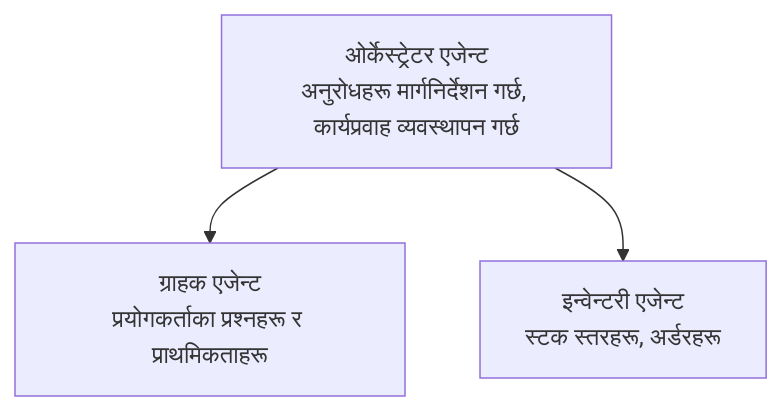
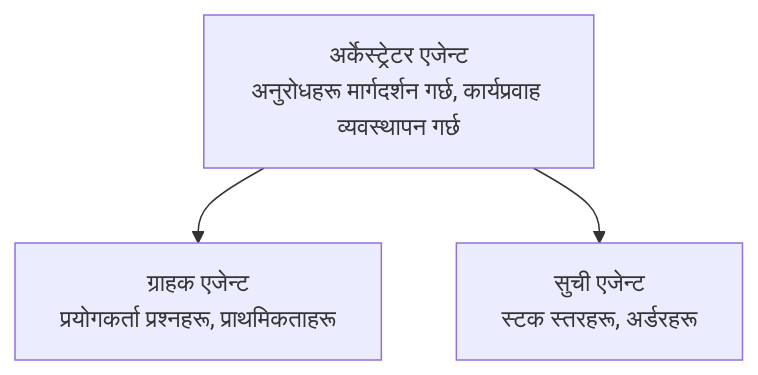
One commit to microsoft/AZD-for-beginners changed the diagram in translations/ne/docs/chapter-05-multi-agent/README.md. Above: the diagram before and after it, drawn with Mermaid. The commit also changed other lines of this file and 101 other files, not shown here.

````diff
--- a/translations/ne/docs/chapter-05-multi-agent/README.md
+++ b/translations/ne/docs/chapter-05-multi-agent/README.md
@@ -50,5 +52,5 @@
 ```mermaid
 graph TD
-    Orchestrator[ओर्केस्ट्रेटर एजेन्ट<br/>अनुरोधहरू मार्गनिर्देशन गर्छ, कार्यप्रवाह व्यवस्थापन गर्छ] --> Customer[ग्राहक एजेन्ट<br/>प्रयोगकर्ताका प्रश्नहरू र प्राथमिकताहरू]
-    Orchestrator --> Inventory[इन्वेन्टरी एजेन्ट<br/>स्टक स्तरहरू, अर्डरहरू]
+    Orchestrator[अर्केस्ट्रेटर एजेन्ट<br/>अनुरोधहरू मार्गदर्शन गर्छ, कार्यप्रवाह व्यवस्थापन गर्छ] --> Customer[ग्राहक एजेन्ट<br/>प्रयोगकर्ता प्रश्नहरू, प्राथमिकताहरू]
+    Orchestrator --> Inventory[सुची एजेन्ट<br/>स्टक स्तरहरू, अर्डरहरू]
 ```
````
